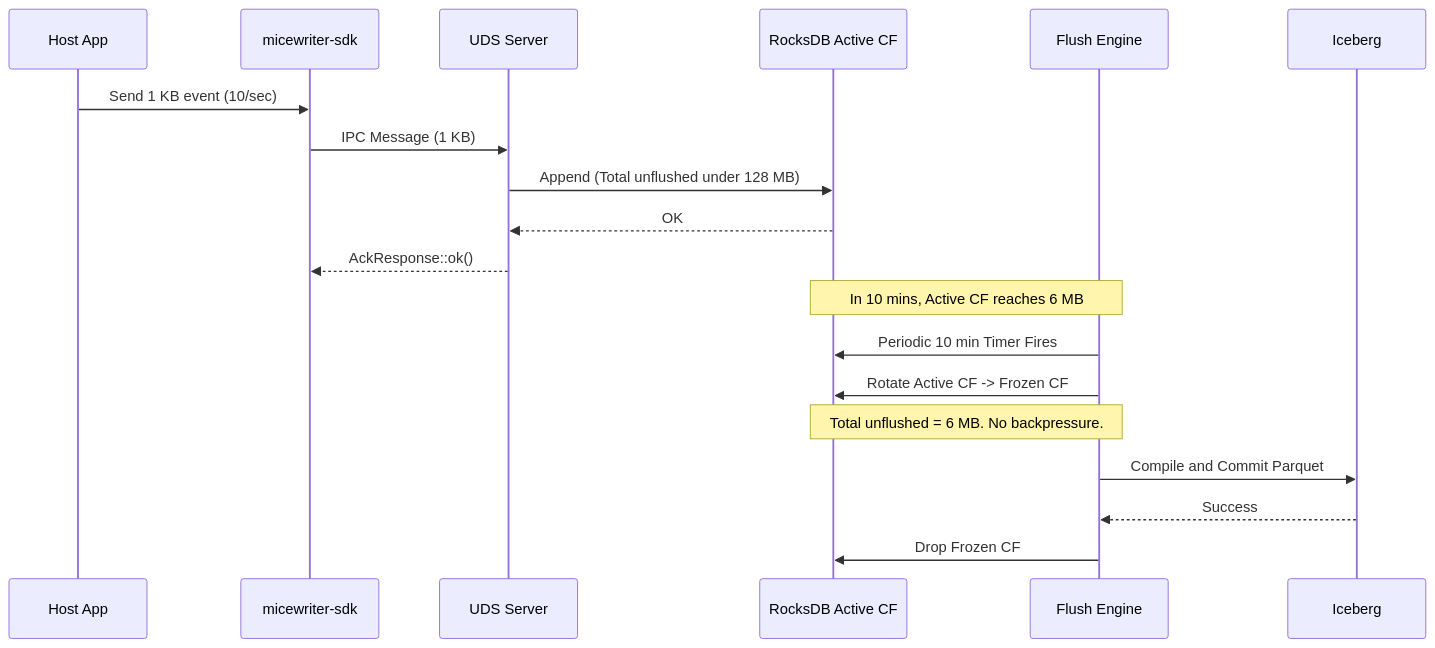
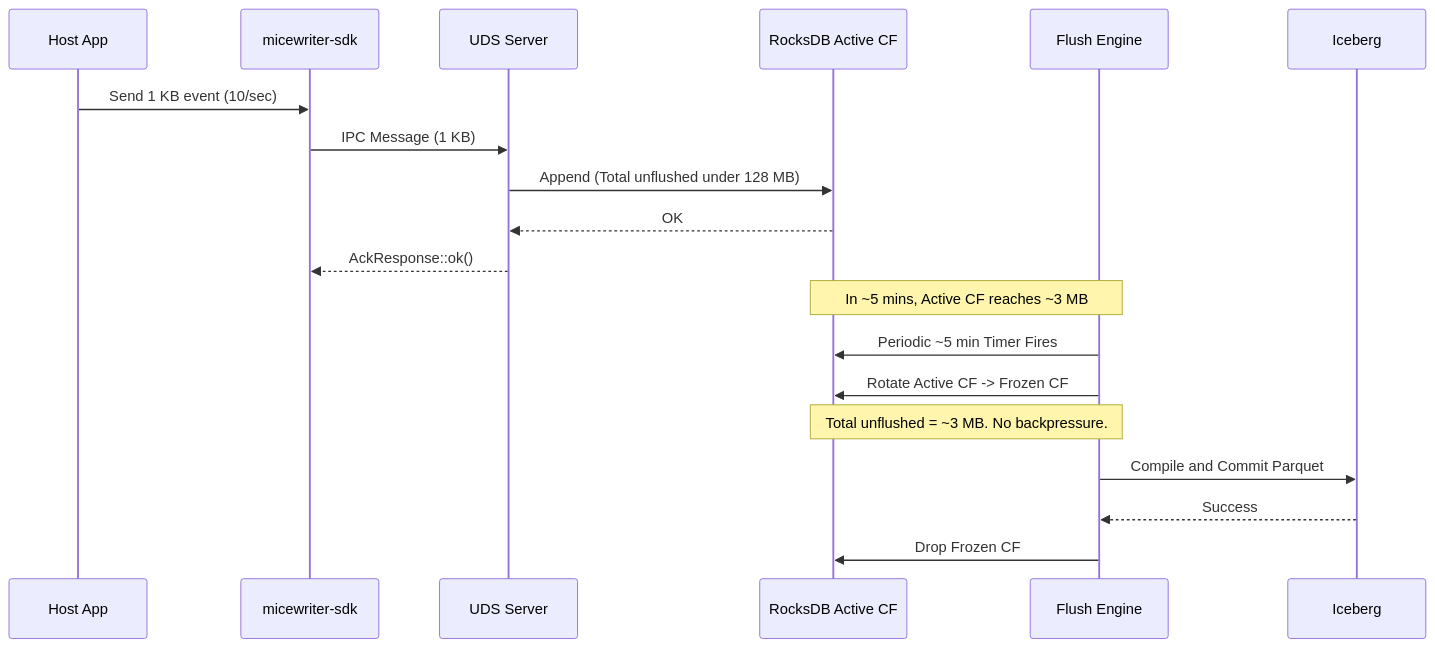
Before and after one commit to markovarghese/micewriter-hub: the first of 2 diagrams in docs/limits-and-backpressure.md, drawn with Mermaid. The commit also changed other lines of this file and 14 other files, not shown here.

````diff
--- a/docs/limits-and-backpressure.md
+++ b/docs/limits-and-backpressure.md
@@ -67,21 +96,21 @@
 ```mermaid
 sequenceDiagram
     participant App as Host App
     participant SDK as micewriter-sdk
     participant UDS as UDS Server
     participant ActiveCF as RocksDB Active CF
     participant Flush as Flush Engine
     participant Iceberg
     App->>SDK: Send 1 KB event (10/sec)
     SDK->>UDS: IPC Message (1 KB)
     UDS->>ActiveCF: Append (Total unflushed under 128 MB)
     ActiveCF-->>UDS: OK
     UDS-->>SDK: AckResponse::ok()
-    Note over ActiveCF,Flush: In 10 mins, Active CF reaches 6 MB
-    Flush->>ActiveCF: Periodic 10 min Timer Fires
+    Note over ActiveCF,Flush: In ~5 mins, Active CF reaches ~3 MB
+    Flush->>ActiveCF: Periodic ~5 min Timer Fires
     Flush->>ActiveCF: Rotate Active CF -> Frozen CF
-    Note over ActiveCF,Flush: Total unflushed = 6 MB. No backpressure.
+    Note over ActiveCF,Flush: Total unflushed = ~3 MB. No backpressure.
     Flush->>Iceberg: Compile and Commit Parquet
     Iceberg-->>Flush: Success
     Flush->>ActiveCF: Drop Frozen CF
 ```
````
